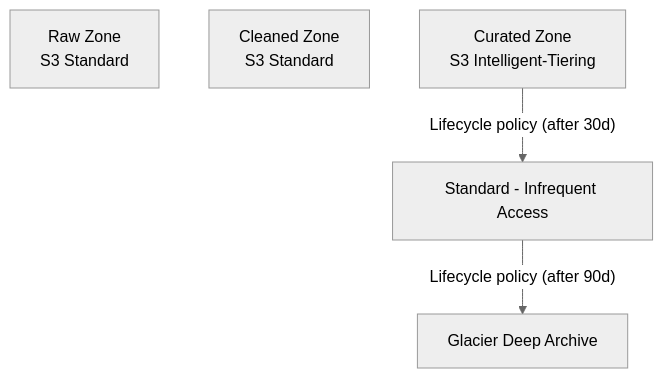
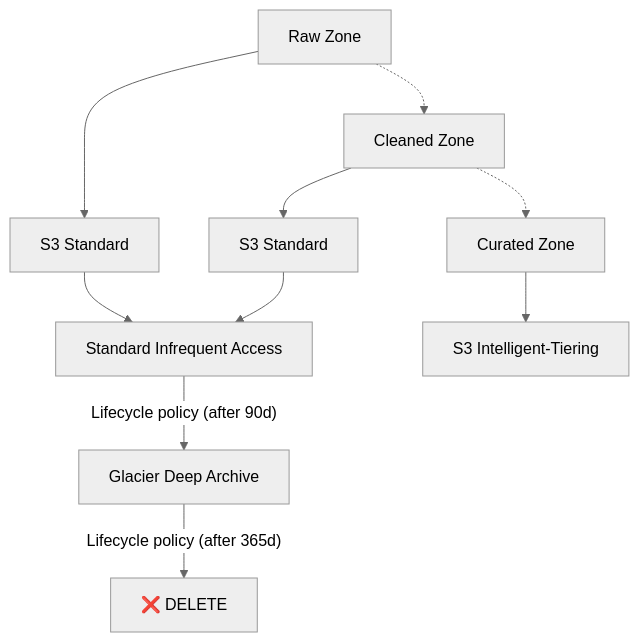
One commit to danilo01arrudal/Exated-Documentation changed the second of 2 diagrams in AWS/Data Lake/Readme.md. Above: the diagram before and after it, drawn with Mermaid (neutral theme).

````diff
--- a/AWS/Data Lake/Readme.md
+++ b/AWS/Data Lake/Readme.md
@@ -141,9 +141,15 @@
 ```mermaid
 flowchart TD
-    Raw["Raw Zone<br>S3 Standard"]
-    Cleaned["Cleaned Zone<br>S3 Standard"]
-    Curated["Curated Zone<br>S3 Intelligent-Tiering"]
+    Raw["Raw Zone<br>"]
+    Cleaned["Cleaned Zone<br>"]
+    Curated["Curated Zone<br>"]
 
-    Curated -->|"Lifecycle policy (after 30d)"| StandardIA["Standard - Infrequent Access"]
-    StandardIA -->|"Lifecycle policy (after 90d)"| Glacier["Glacier Deep Archive"]
+    Raw -.-> Cleaned -.-> Curated
+    Raw --> S3_Standard1["S3 Standard"]
+    Cleaned --> S3_Standard2["S3 Standard"]
+    S3_Standard1 --> S3_StandardAI["Standard Infrequent Access"]
+    S3_Standard2 --> S3_StandardAI["Standard Infrequent Access"]
+    S3_StandardAI --> |"Lifecycle policy (after 90d)"| Glacier["Glacier Deep Archive"]
+    Glacier --> |"Lifecycle policy (after 365d)"| Destruction["❌ DELETE"]
+    Curated --> S3["S3 Intelligent-Tiering"]
 ```
````
